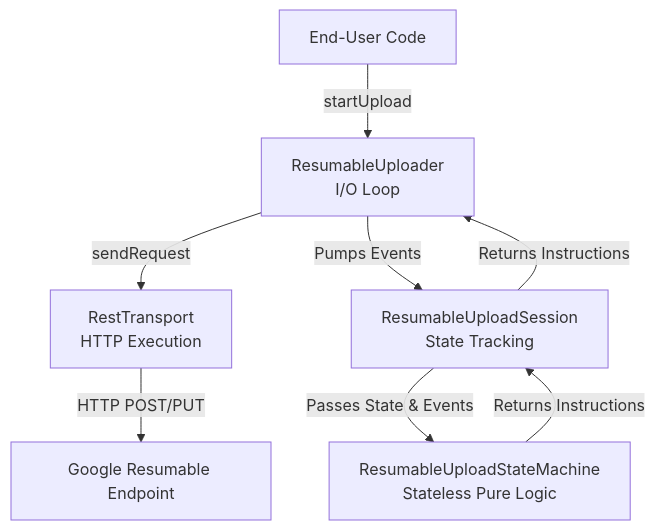
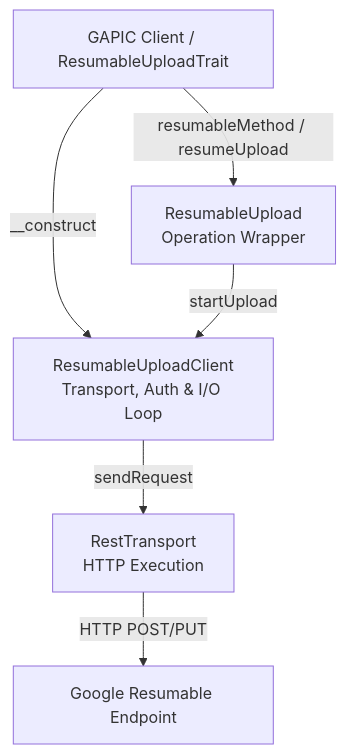
The diagram in Gax/docs/ResumableUploadDesign.md (GrahamCampbell/google-cloud-php), drawn with Mermaid before and after one commit. The commit also changed other lines of this file and 14 other files, not shown here.

````diff
--- a/Gax/docs/ResumableUploadDesign.md
+++ b/Gax/docs/ResumableUploadDesign.md
@@ -69,10 +82,8 @@
 ```mermaid
 graph TD
-    User[End-User Code] -->|startUpload| Uploader[ResumableUploader<br/>I/O Loop]
-    Uploader -->|sendRequest| Transport[RestTransport<br/>HTTP Execution]
-    Uploader -->|Pumps Events| Session[ResumableUploadSession<br/>State Tracking]
-    Session -->|Passes State & Events| StateMachine[ResumableUploadStateMachine<br/>Stateless Pure Logic]
-    StateMachine -->|Returns Instructions| Session
-    Session -->|Returns Instructions| Uploader
+    GapicClient[GAPIC Client / ResumableUploadTrait] -->|__construct| Client[ResumableUploadClient<br/>Transport, Auth & I/O Loop]
+    GapicClient -->|resumableMethod / resumeUpload| Upload[ResumableUpload<br/>Operation Wrapper]
+    Upload -->|startUpload| Client
+    Client -->|sendRequest| Transport[RestTransport<br/>HTTP Execution]
     Transport -->|HTTP POST/PUT| UploadServer[Google Resumable Endpoint]
 ```
````
